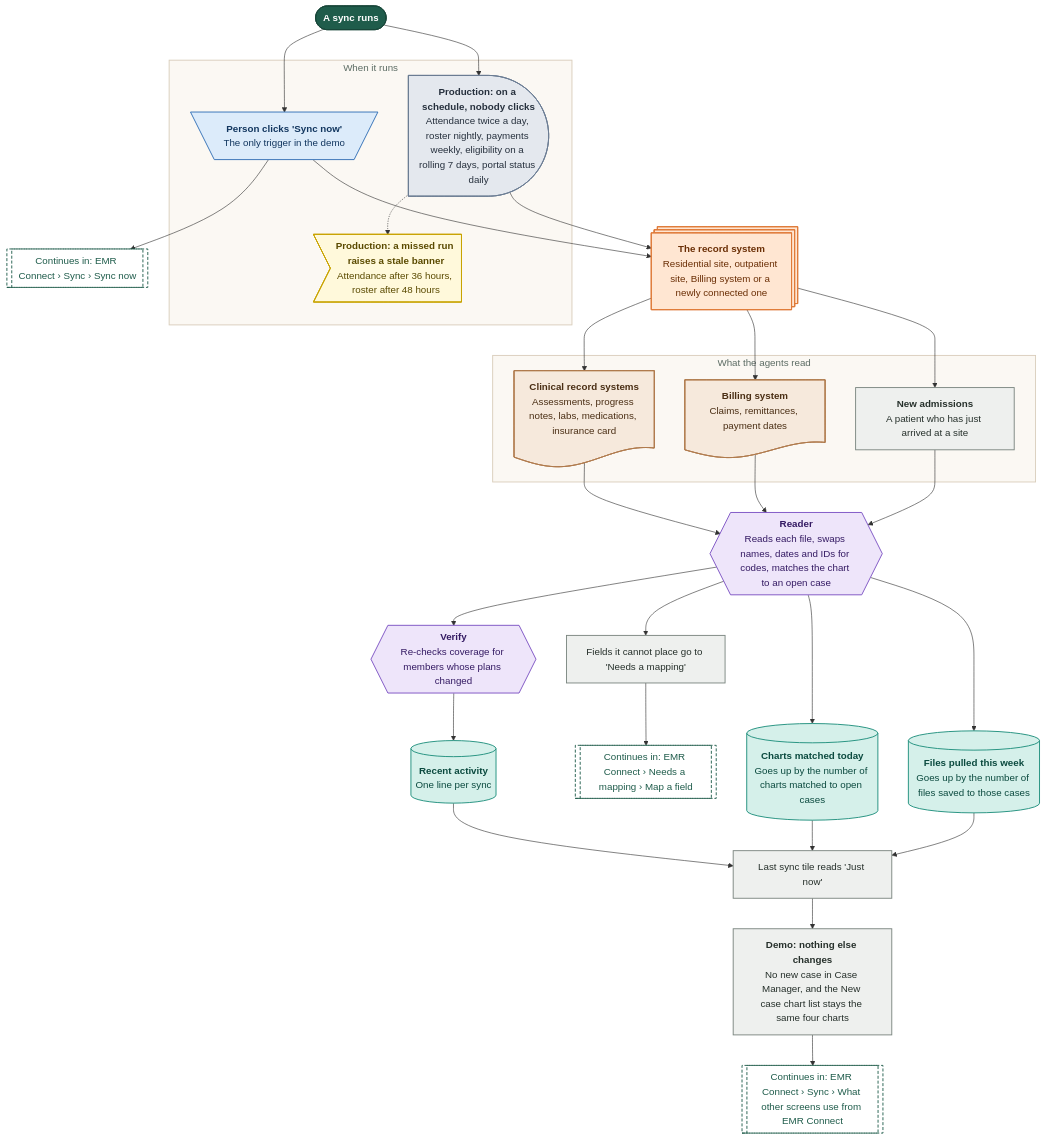
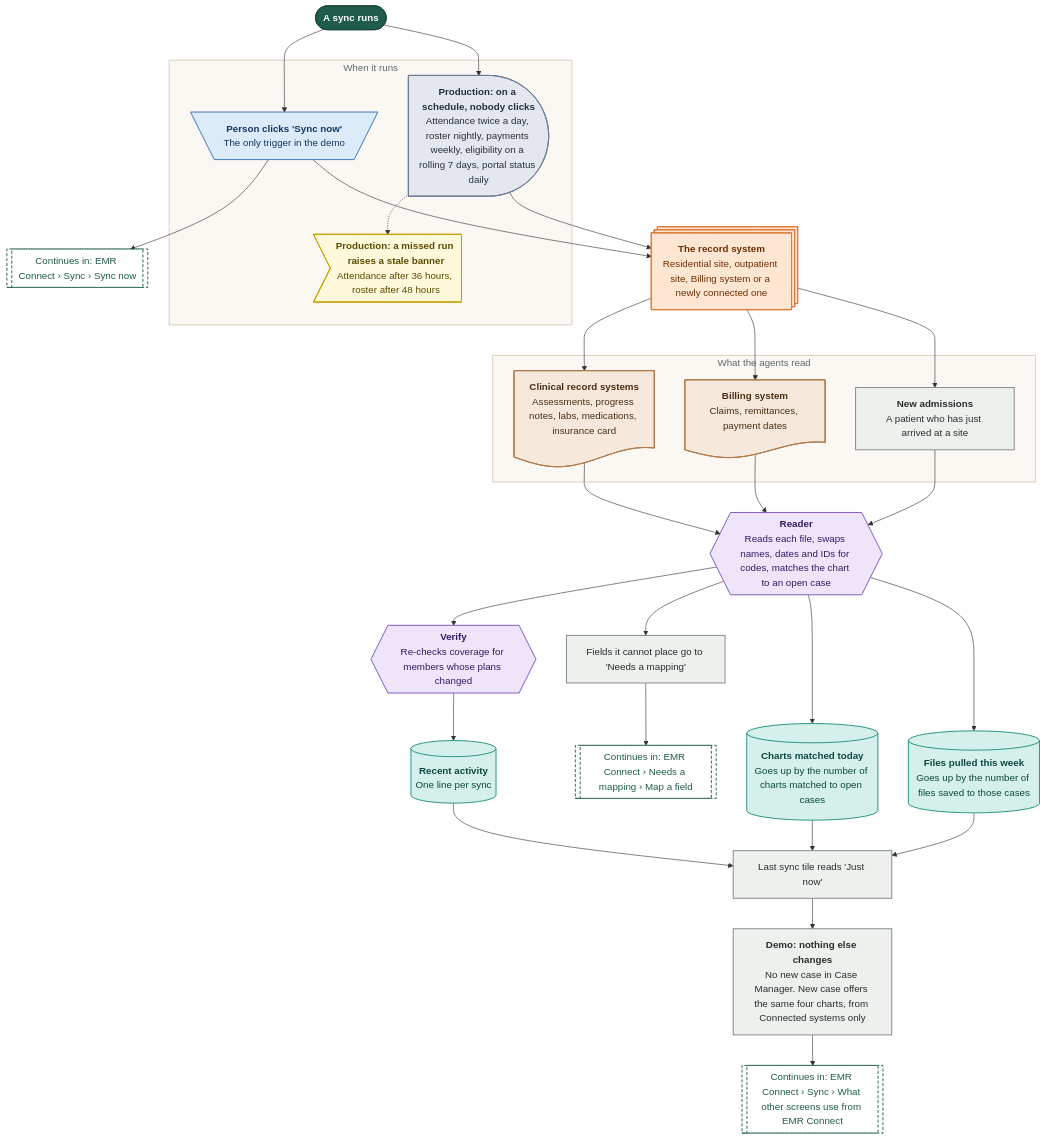
Before and after one commit to Shrav143/psyfloapp: the ninth of 17 diagrams in demos/prior-auth-demo/workflows/out/md/09-emr-connect.md, drawn with Mermaid. The commit also changed other lines of this file and 195 other files, not shown here.

First line of the commit message:
docs: Rebuild workflow diagrams after the demo fixes (220 diagrams)

````diff
--- a/demos/prior-auth-demo/workflows/out/md/09-emr-connect.md
+++ b/demos/prior-auth-demo/workflows/out/md/09-emr-connect.md
@@ -572,70 +676,70 @@
 ```mermaid
 %%{init: {"theme":"base","themeVariables":{"fontFamily":"'DM Sans', 'Segoe UI', system-ui, sans-serif","fontSize":"15px","lineColor":"#5B6B63","primaryTextColor":"#1C2B25","clusterBkg":"#FBF8F3","clusterBorder":"#D9CDBB","edgeLabelBackground":"#FFFFFF"},"flowchart":{"curve":"basis","nodeSpacing":36,"rankSpacing":48,"padding":12,"htmlLabels":true,"useMaxWidth":false,"wrappingWidth":230}} }%%
 flowchart TD
   classDef k_start fill:#1F5C4B,stroke:#174638,color:#FFFFFF,stroke-width:1.5px,font-weight:600
   classDef k_end fill:#DDEFE3,stroke:#2E7D4F,color:#14502F,stroke-width:1.5px,font-weight:600
   classDef k_endx fill:#FBE3E0,stroke:#C0392B,color:#7A1F16,stroke-width:1.5px,font-weight:600
   classDef k_screen fill:#FFFDF8,stroke:#1F5C4B,color:#1C2B25,stroke-width:2px
   classDef k_overlay fill:#F1F7F3,stroke:#1F5C4B,color:#1C2B25,stroke-width:2px,stroke-dasharray:5 3
   classDef k_click fill:#DCEBFA,stroke:#2F6DB5,color:#12365F,stroke-width:1.5px
   classDef k_input fill:#E4E7FF,stroke:#4C5FD5,color:#1D2670,stroke-width:1.5px
   classDef k_process fill:#EEF0EE,stroke:#7A857F,color:#26302B,stroke-width:1.5px
   classDef k_agent fill:#EEE5FA,stroke:#7A4FC2,color:#341A63,stroke-width:1.5px
   classDef k_decision fill:#FFF0CC,stroke:#D9962B,color:#5C3B00,stroke-width:1.5px
   classDef k_store fill:#D5F0EA,stroke:#1C8E7B,color:#0B4A3F,stroke-width:1.5px
   classDef k_doc fill:#F6E9DC,stroke:#B07A4C,color:#4A2E14,stroke-width:1.5px
   classDef k_ext fill:#FFE6D2,stroke:#E07B39,color:#6B2F06,stroke-width:1.5px
   classDef k_wait fill:#E4E8EE,stroke:#6B7C93,color:#26303D,stroke-width:1.5px
   classDef k_toast fill:#FFF9DB,stroke:#C9A400,color:#5A4A00,stroke-width:1.5px
   classDef k_goto fill:#FFFFFF,stroke:#1F5C4B,color:#1F5C4B,stroke-width:1.5px,stroke-dasharray:5 3
   s1@{ shape: stadium, label: "A sync runs" }
   subgraph gWhen ["When it runs"]
   w1@{ shape: trap-t, label: "<b>Person clicks 'Sync now'</b><br/>The only trigger in the demo" }
   w2@{ shape: delay, label: "<b>Production: on a schedule, nobody clicks</b><br/>Attendance twice a day, roster nightly, payments weekly, eligibility on a rolling 7 days, portal status daily" }
   w3@{ shape: odd, label: "<b>Production: a missed run raises a stale banner</b><br/>Attendance after 36 hours, roster after 48 hours" }
   end
   x1@{ shape: st-rect, label: "<b>The record system</b><br/>Residential site, outpatient site, Billing system or a newly connected one" }
   subgraph gPull ["What the agents read"]
   d1@{ shape: doc, label: "<b>Clinical record systems</b><br/>Assessments, progress notes, labs, medications, insurance card" }
   d2@{ shape: doc, label: "<b>Billing system</b><br/>Claims, remittances, payment dates" }
   d3@{ shape: rect, label: "<b>New admissions</b><br/>A patient who has just arrived at a site" }
   end
   a1@{ shape: hex, label: "<b>Reader</b><br/>Reads each file, swaps names, dates and IDs for codes, matches the chart to an open case" }
   a2@{ shape: hex, label: "<b>Verify</b><br/>Re-checks coverage for members whose plans changed" }
   p1@{ shape: rect, label: "Fields it cannot place go to 'Needs a mapping'" }
   s2@{ shape: cyl, label: "<b>Charts matched today</b><br/>Goes up by the number of charts matched to open cases" }
   s3@{ shape: cyl, label: "<b>Files pulled this week</b><br/>Goes up by the number of files saved to those cases" }
   s4@{ shape: cyl, label: "<b>Recent activity</b><br/>One line per sync" }
-  p2@{ shape: rect, label: "<b>Demo: nothing else changes</b><br/>No new case in Case Manager, and the New case chart list stays the same four charts" }
+  p2@{ shape: rect, label: "<b>Demo: nothing else changes</b><br/>No new case in Case Manager. New case offers the same four charts, from Connected systems only" }
   e1@{ shape: rect, label: "Last sync tile reads 'Just now'" }
   g1@{ shape: subproc, label: "Continues in: EMR Connect › Sync › Sync now" }
   g2@{ shape: subproc, label: "Continues in: EMR Connect › Needs a mapping › Map a field" }
   g3@{ shape: subproc, label: "Continues in: EMR Connect › Sync › What other screens use from EMR Connect" }
   s1 --> w1 & w2
   w2 -.-> w3
   w1 --> g1
   w1 --> x1
   w2 --> x1
   x1 --> d1 & d2 & d3
   d1 & d2 & d3 --> a1
   a1 --> a2
   a1 --> p1
   p1 --> g2
   a1 --> s2 & s3
   a2 --> s4
   s2 & s3 & s4 --> e1
   e1 --> p2
   p2 --> g3
   class s1 k_start
   class w1 k_click
   class w2 k_wait
   class w3 k_toast
   class x1 k_ext
   class d1,d2 k_doc
   class d3,p1,p2,e1 k_process
   class a1,a2 k_agent
   class s2,s3,s4 k_store
   class g1,g2,g3 k_goto
   style gWhen fill:#FBF8F3,stroke:#D9CDBB,stroke-width:1.5px,color:#5B6B63
   style gPull fill:#FBF8F3,stroke:#D9CDBB,stroke-width:1.5px,color:#5B6B63
 ```
````
